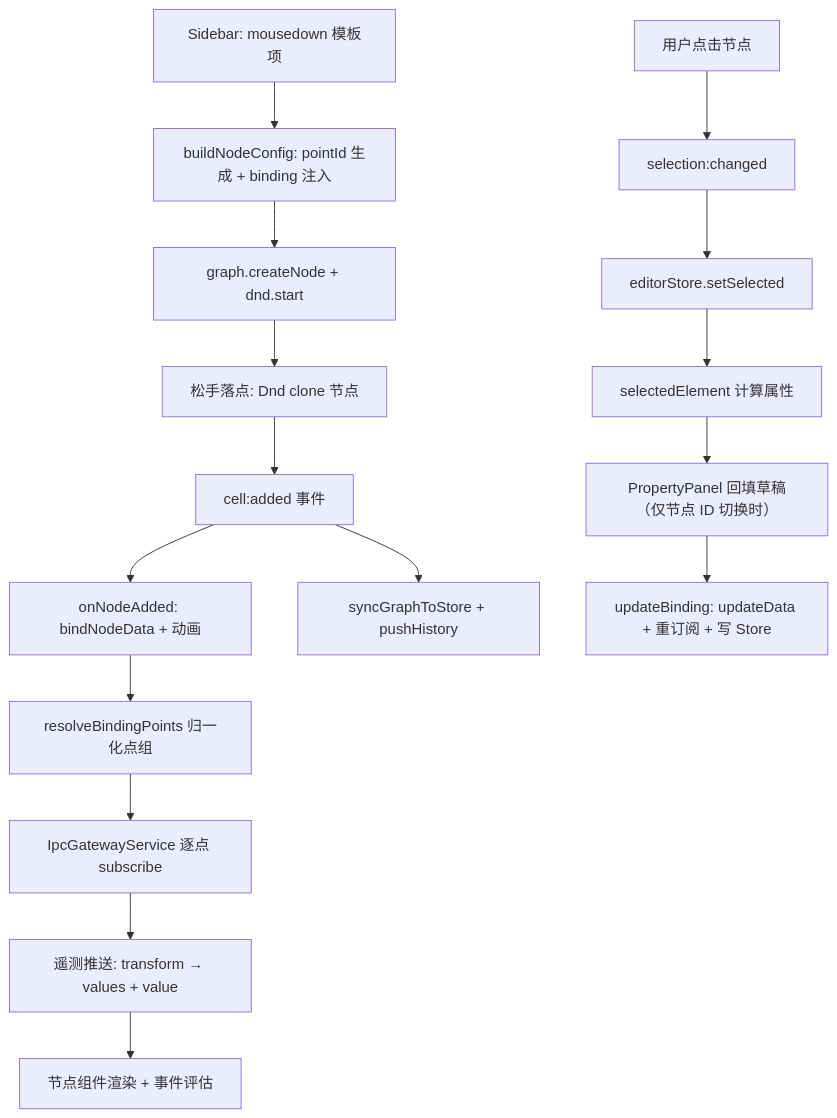
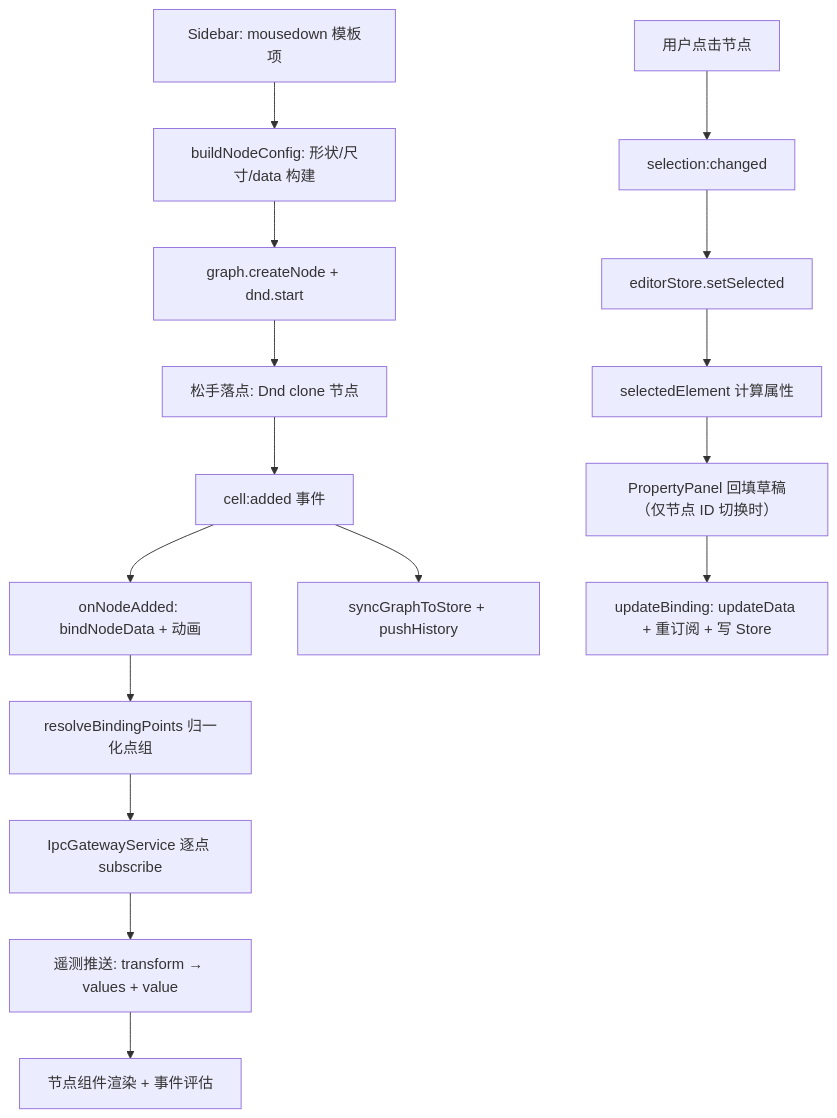
The diagram in docs/开发指南/roc-wes 画布编辑器开发流程.md (mytherf/roc-wes), drawn with Mermaid before and after one commit. The commit also changed other lines of this file and 12 other files, not shown here.

````diff
--- a/docs/开发指南/roc-wes 画布编辑器开发流程.md
+++ b/docs/开发指南/roc-wes 画布编辑器开发流程.md
@@ -214,20 +213,20 @@
 ```mermaid
 graph TD
-    A["Sidebar: mousedown 模板项"] --> B["buildNodeConfig: pointId 生成 + binding 注入"]
+    A["Sidebar: mousedown 模板项"] --> B["buildNodeConfig: 形状/尺寸/data 构建"]
     B --> C["graph.createNode + dnd.start"]
     C --> D["松手落点: Dnd clone 节点"]
     D --> E["cell:added 事件"]
     E --> F["onNodeAdded: bindNodeData + 动画"]
     E --> G["syncGraphToStore + pushHistory"]
 
     F --> H["resolveBindingPoints 归一化点组"]
     H --> I["IpcGatewayService 逐点 subscribe"]
     I --> J["遥测推送: transform → values + value"]
     J --> K["节点组件渲染 + 事件评估"]
 
     L["用户点击节点"] --> M["selection:changed"]
     M --> N["editorStore.setSelected"]
     N --> O["selectedElement 计算属性"]
     O --> P["PropertyPanel 回填草稿（仅节点 ID 切换时）"]
     P --> Q["updateBinding: updateData + 重订阅 + 写 Store"]
 ```
````
